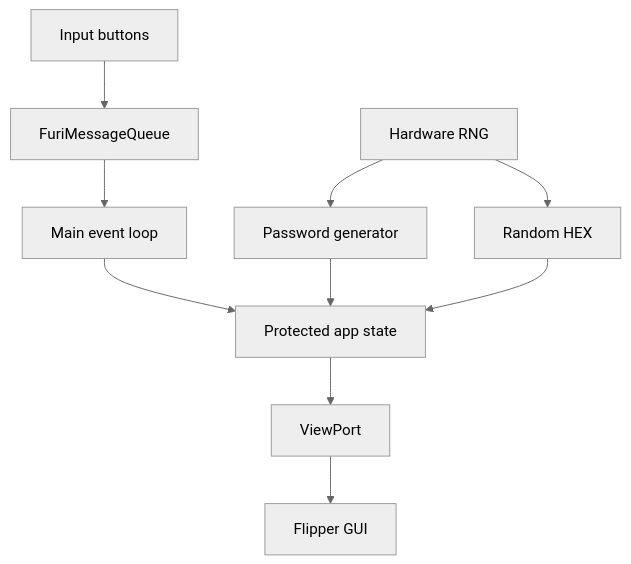
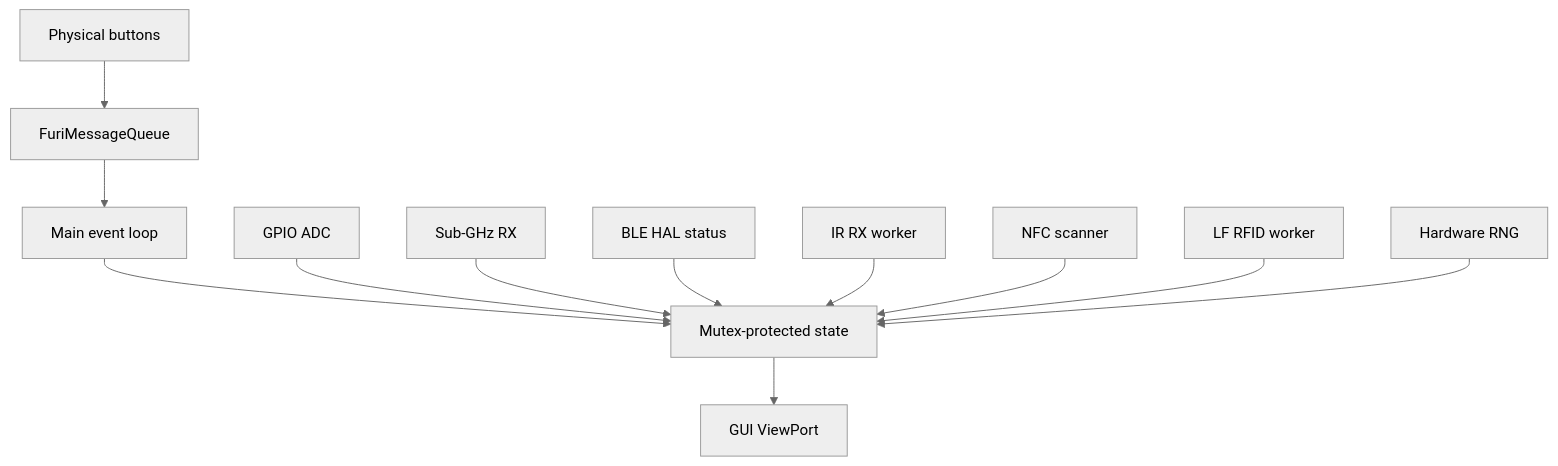
Before and after one commit to frangonzas/Onyx-Flipper-Lab: the diagram in README.md, drawn with Mermaid (neutral theme). The commit also changed other lines of this file and 3 other files, not shown here.

````diff
--- a/README.md
+++ b/README.md
@@ -61,12 +69,15 @@
 ```mermaid
 flowchart TD
-    I[Input buttons] --> Q[FuriMessageQueue]
+    I[Physical buttons] --> Q[FuriMessageQueue]
     Q --> L[Main event loop]
-    L --> S[Protected app state]
-    S --> V[ViewPort]
-    V --> G[Flipper GUI]
-    R[Hardware RNG] --> P[Password generator]
-    R --> H[Random HEX]
-    P --> S
-    H --> S
+    L --> S[Mutex-protected state]
+    S --> G[GUI ViewPort]
+
+    ADC[GPIO ADC] --> S
+    SG[Sub-GHz RX] --> S
+    BT[BLE HAL status] --> S
+    IR[IR RX worker] --> S
+    NFC[NFC scanner] --> S
+    LF[LF RFID worker] --> S
+    RNG[Hardware RNG] --> S
 ```
````
